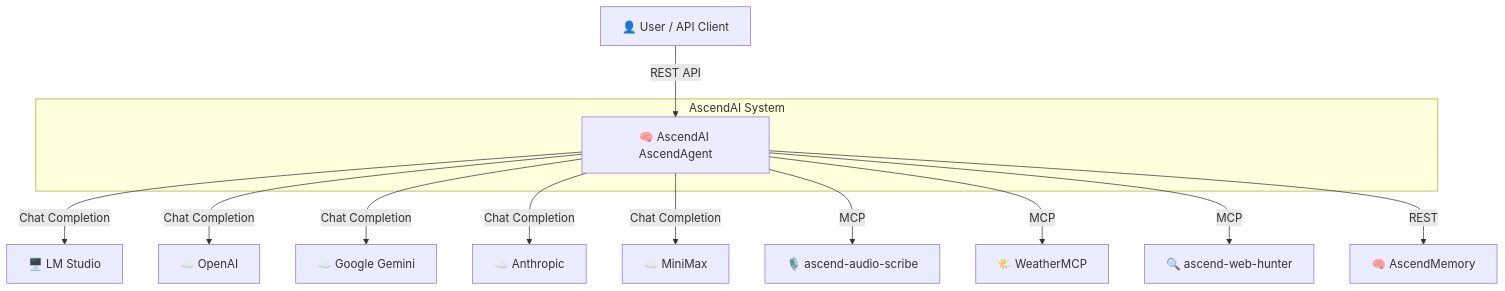
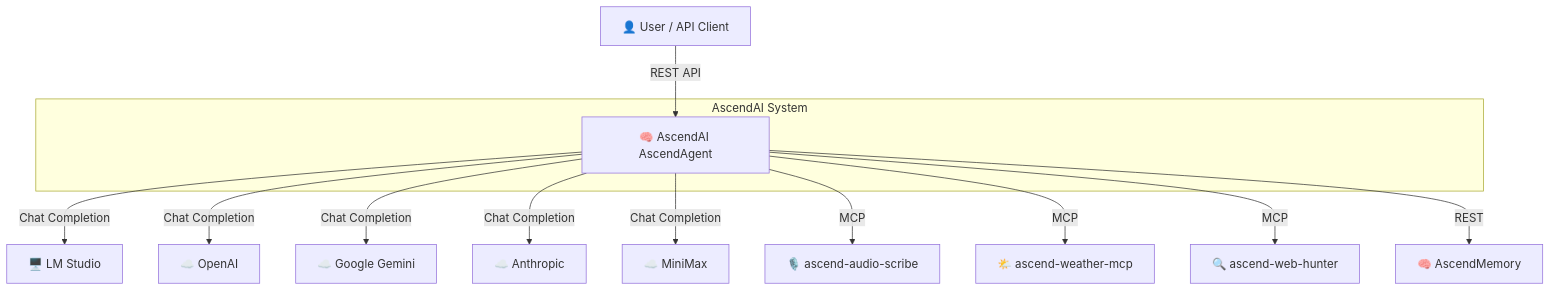
Before and after one commit to Lukk17/AscendAI: the diagram in AscendAgent/docs/architecture/diagrams/context-diagram.md, drawn with Mermaid. The commit also changed 446 other files, not shown here.

````diff
--- a/AscendAgent/docs/architecture/diagrams/context-diagram.md
+++ b/AscendAgent/docs/architecture/diagrams/context-diagram.md
@@ -3,29 +3,29 @@
 ```mermaid
 graph TB
     User["👤 User / API Client"]
 
     subgraph "AscendAI System"
         AscendAgent["🧠 AscendAI AscendAgent"]
     end
 
     LMStudio["🖥️ LM Studio"]
     OpenAI["☁️ OpenAI"]
     Gemini["☁️ Google Gemini"]
     Anthropic["☁️ Anthropic"]
     MiniMax["☁️ MiniMax"]
     AudioScribe["🎙️ ascend-audio-scribe"]
-    Weather["🌤️ WeatherMCP"]
+    Weather["🌤️ ascend-weather-mcp"]
     WebHunter["🔍 ascend-web-hunter"]
     Memory["🧠 AscendMemory"]
 
     User -->|"REST API"| AscendAgent
     AscendAgent -->|"Chat Completion"| LMStudio
     AscendAgent -->|"Chat Completion"| OpenAI
     AscendAgent -->|"Chat Completion"| Gemini
     AscendAgent -->|"Chat Completion"| Anthropic
     AscendAgent -->|"Chat Completion"| MiniMax
     AscendAgent -->|"MCP"| AudioScribe
     AscendAgent -->|"MCP"| Weather
     AscendAgent -->|"MCP"| WebHunter
     AscendAgent -->|"REST"| Memory
 ```
````
